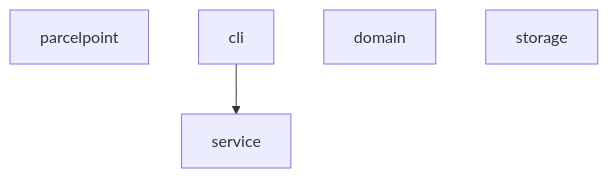
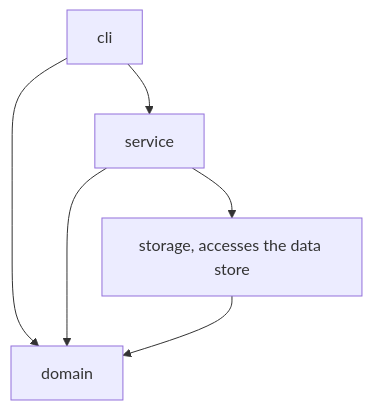
One commit to Chalisapat/itcs382-h2-lab changed the first of 3 diagrams in LAB_REPORT.md. Above: the diagram before and after it, drawn with Mermaid. The commit also changed other lines of this file, not shown here.

````diff
--- a/LAB_REPORT.md
+++ b/LAB_REPORT.md
@@ -88,9 +93,10 @@
 ```mermaid
 flowchart TB
-    parcelpoint
-    cli
-    service
-    domain
-    storage
+    cli --> domain
     cli --> service
+    service --> domain
+    service --> storage
+    storage --> domain
+    
+    storage["storage, accesses the data store"]
 ```
````
